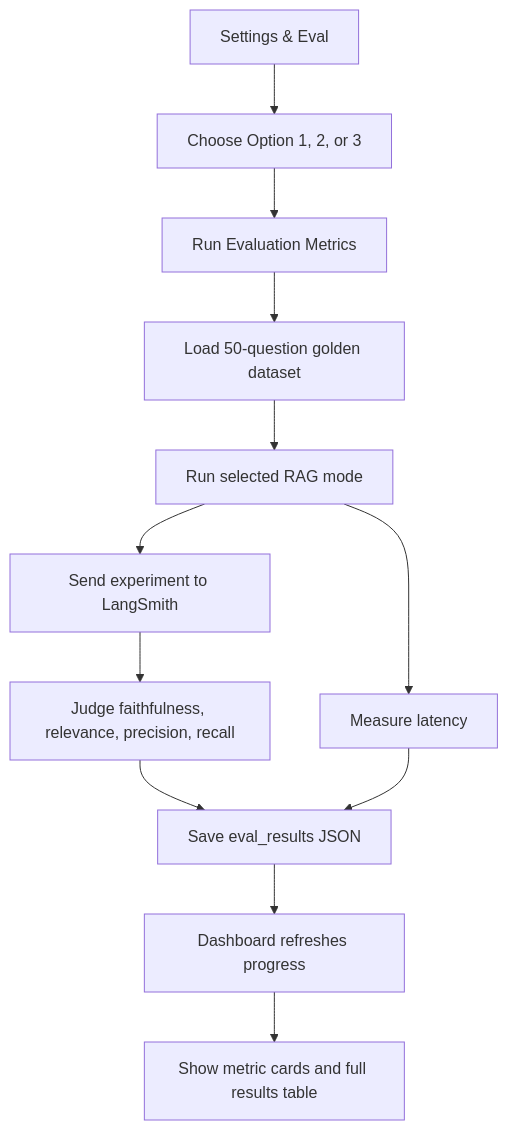
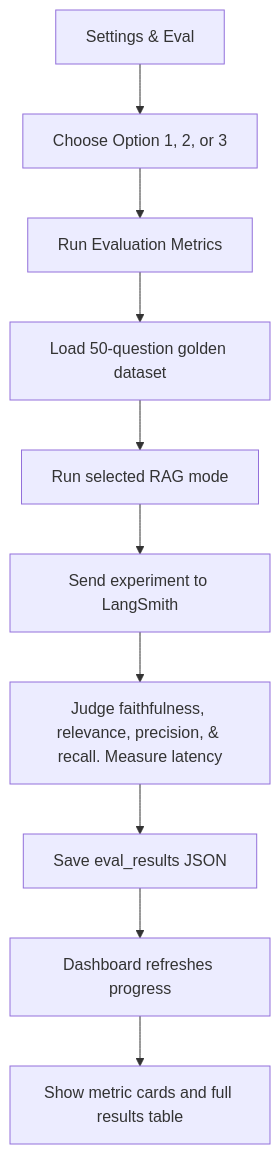
The second of 2 diagrams in FLOW_LOGIC_HIGH_LEVEL.md (helsharif/autodesk-rag-app), drawn with Mermaid before and after one commit. The commit also changed 4 other files, not shown here.

````diff
--- a/FLOW_LOGIC_HIGH_LEVEL.md
+++ b/FLOW_LOGIC_HIGH_LEVEL.md
@@ -294,14 +294,12 @@
 ```mermaid
 flowchart TD
     A["Settings & Eval"] --> B["Choose Option 1, 2, or 3"]
     B --> C["Run Evaluation Metrics"]
     C --> D["Load 50-question golden dataset"]
     D --> E["Run selected RAG mode"]
     E --> F["Send experiment to LangSmith"]
-    F --> G["Judge faithfulness, relevance, precision, recall"]
-    E --> H["Measure latency"]
+    F --> G["Judge faithfulness, relevance, precision, & recall. Measure latency"]
     G --> I["Save eval_results JSON"]
-    H --> I
     I --> J["Dashboard refreshes progress"]
     J --> K["Show metric cards and full results table"]
 ```
````
